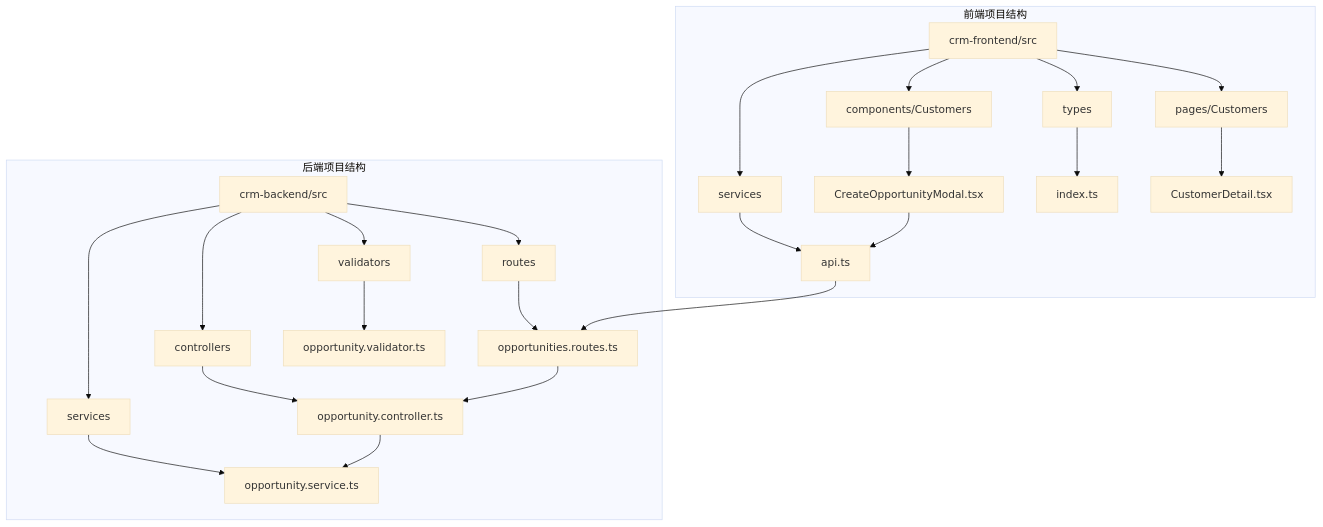
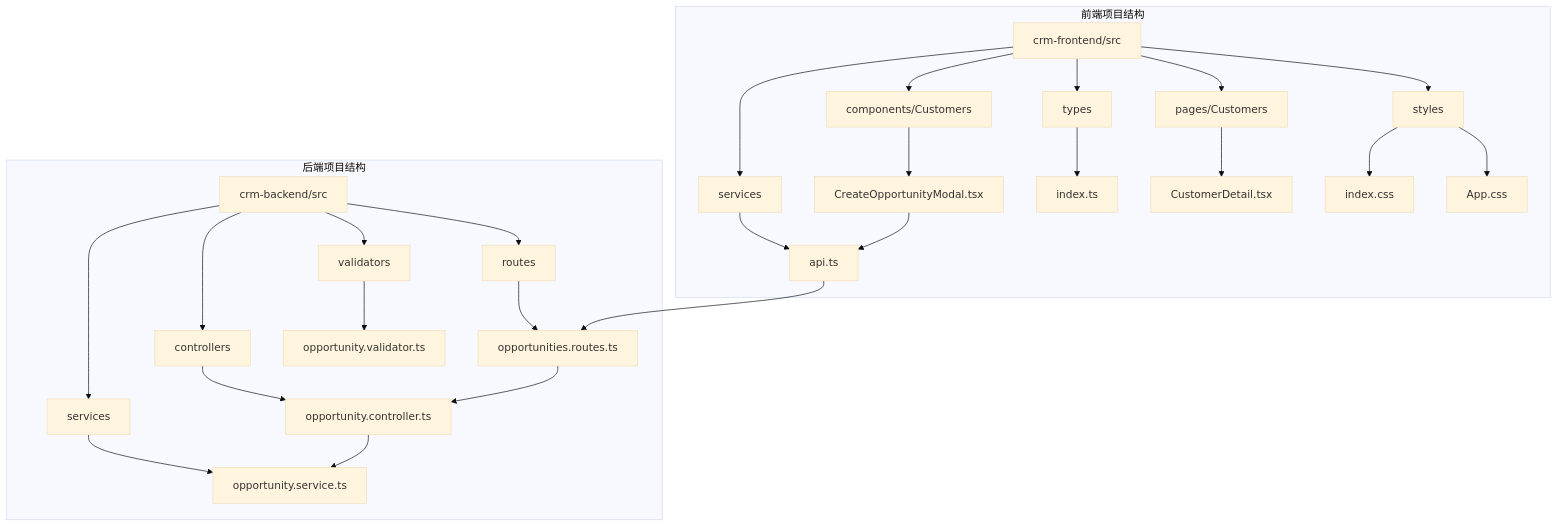
The first of 11 diagrams in .qoder/repowiki/zh/content/核心组件/创建机会模态框组件.md (xianjianshenqu/SalesFlow-CRM), drawn with Mermaid (base theme) before and after one commit. The commit also changed other lines of this file and 11 other files, not shown here.

````diff
--- a/.qoder/repowiki/zh/content/核心组件/创建机会模态框组件.md
+++ b/.qoder/repowiki/zh/content/核心组件/创建机会模态框组件.md
@@ -37,27 +48,30 @@
 ```mermaid
 graph TB
 subgraph "前端项目结构"
 A[crm-frontend/src] --> B[components/Customers]
 B --> C[CreateOpportunityModal.tsx]
 A --> D[services]
 D --> E[api.ts]
 A --> F[types]
 F --> G[index.ts]
 A --> H[pages/Customers]
 H --> I[CustomerDetail.tsx]
+A --> J[styles]
+J --> K[index.css]
+J --> L[App.css]
 end
 subgraph "后端项目结构"
-J[crm-backend/src] --> K[routes]
-K --> L[opportunities.routes.ts]
-J --> M[controllers]
-M --> N[opportunity.controller.ts]
-J --> O[services]
-O --> P[opportunity.service.ts]
-J --> Q[validators]
-Q --> R[opportunity.validator.ts]
+M[crm-backend/src] --> N[routes]
+N --> O[opportunities.routes.ts]
+M --> P[controllers]
+P --> Q[opportunity.controller.ts]
+M --> R[services]
+R --> S[opportunity.service.ts]
+M --> T[validators]
+T --> U[opportunity.validator.ts]
 end
 C --> E
-E --> L
-L --> N
-N --> P
+E --> O
+O --> Q
+Q --> S
 ```
````
